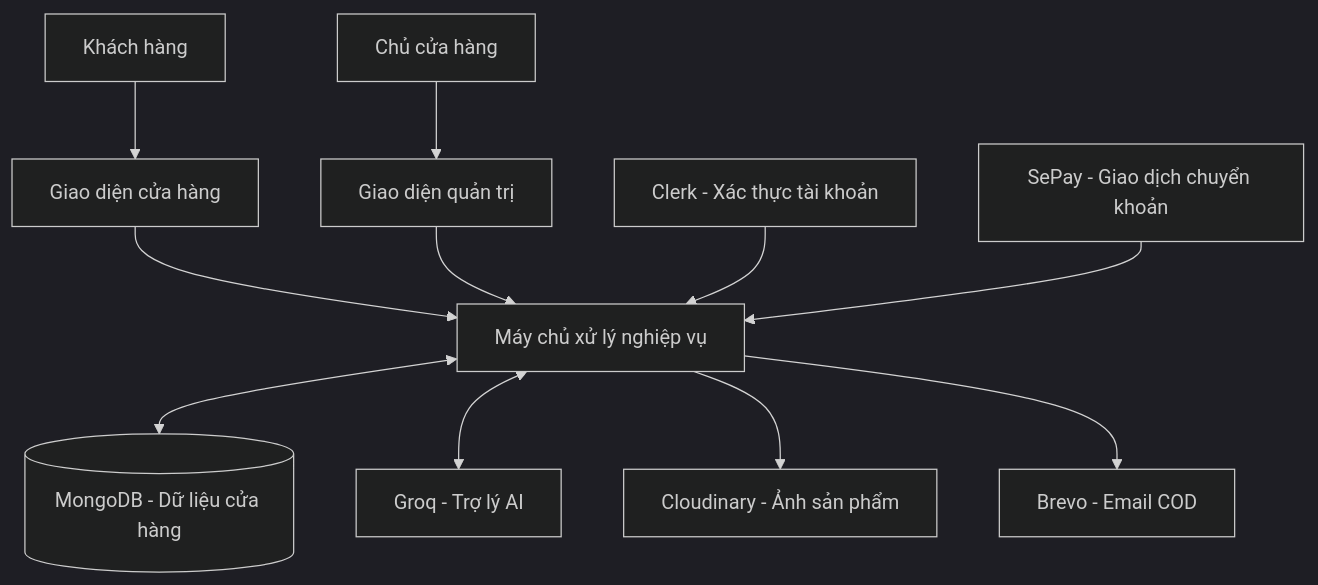
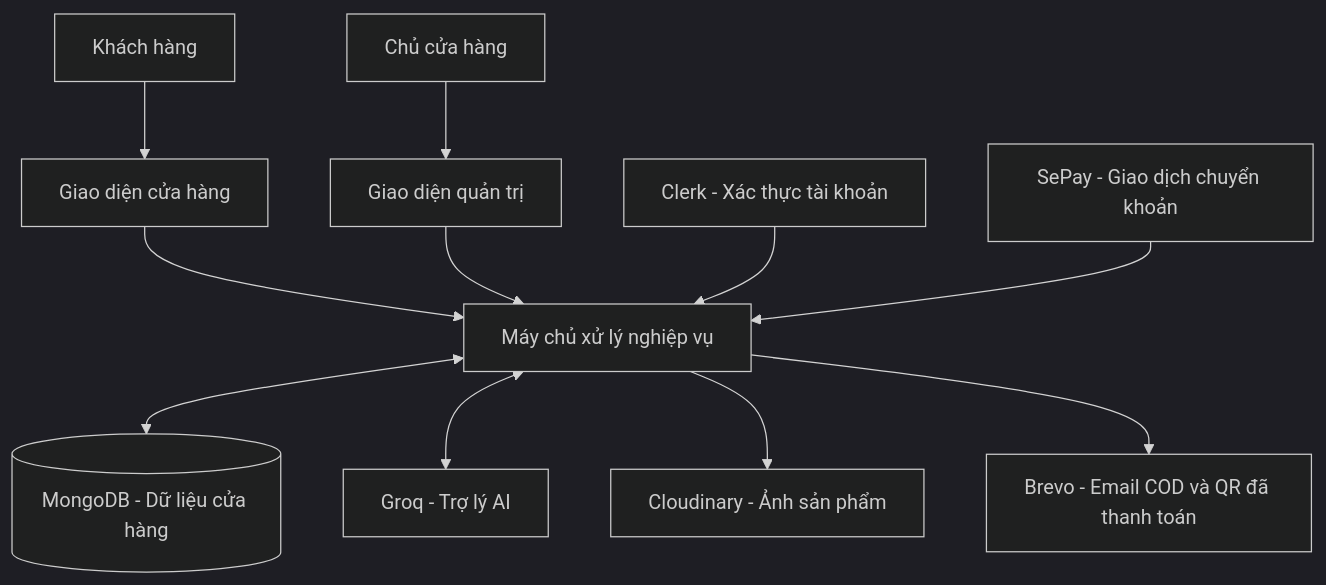
One commit to dlixi-90/vouges changed the third of 3 diagrams in README.md. Above: the diagram before and after it, drawn with Mermaid (dark theme). The commit also changed other lines of this file and 198 other files, not shown here.

````diff
--- a/README.md
+++ b/README.md
@@ -276,13 +281,13 @@
 ```mermaid
 flowchart TD
     U[Khách hàng] --> UI[Giao diện cửa hàng]
     O[Chủ cửa hàng] --> ADMIN[Giao diện quản trị]
     UI --> API[Máy chủ xử lý nghiệp vụ]
     ADMIN --> API
     CLERK[Clerk - Xác thực tài khoản] --> API
     API <--> DB[(MongoDB - Dữ liệu cửa hàng)]
     API <--> AI[Groq - Trợ lý AI]
     API --> IMG[Cloudinary - Ảnh sản phẩm]
-    API --> MAIL[Brevo - Email COD]
+    API --> MAIL[Brevo - Email COD và QR đã thanh toán]
     PAY[SePay - Giao dịch chuyển khoản] --> API
 ```
````
